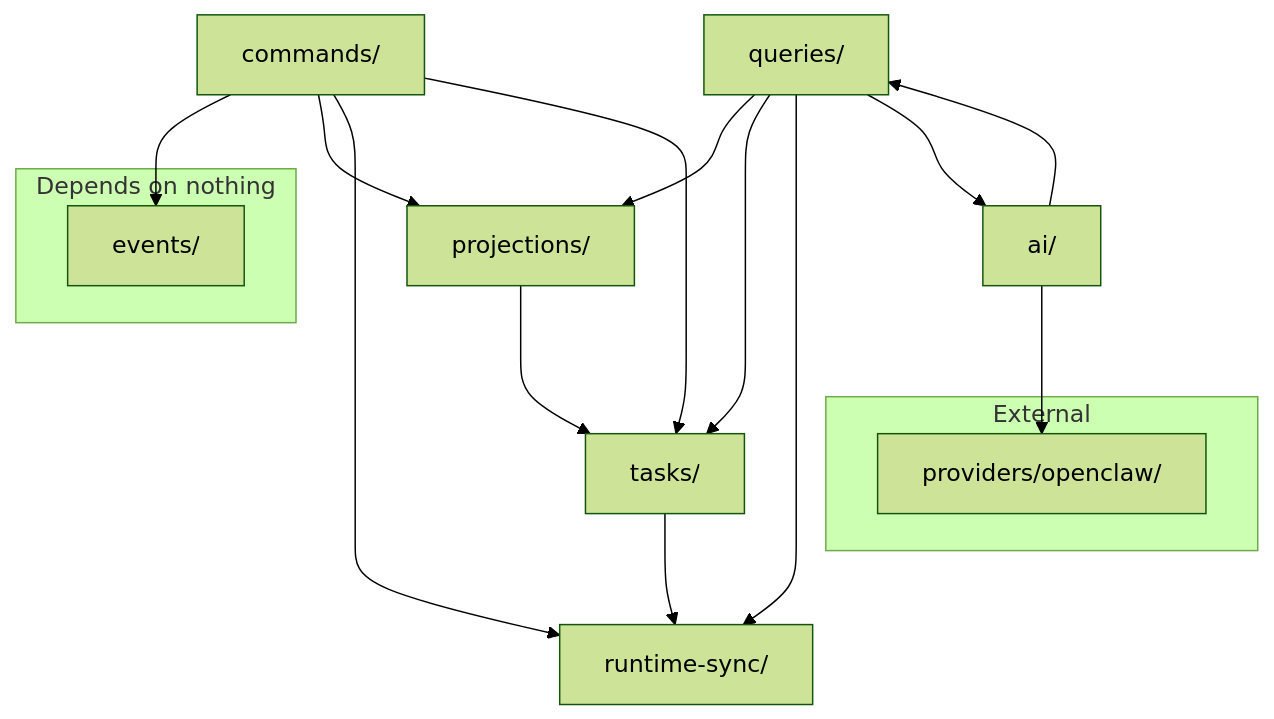
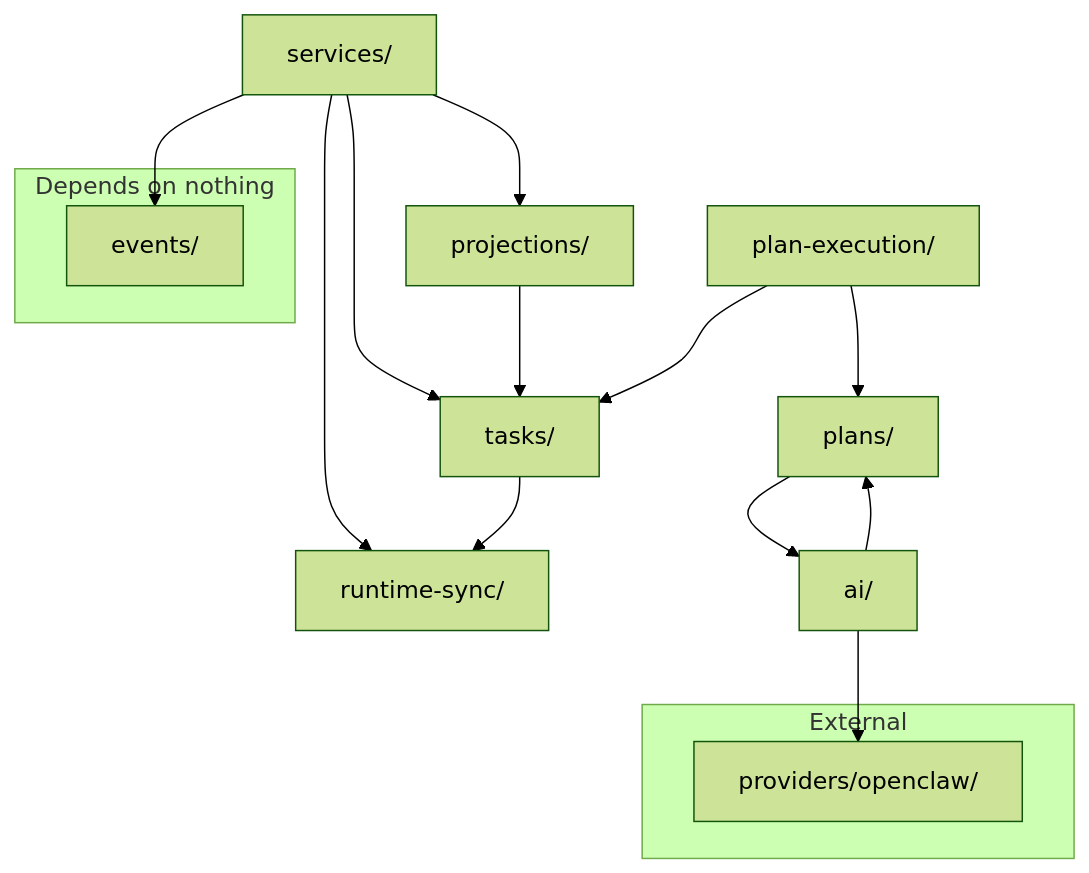
Before and after one commit to saya-ashen/Chrona: the sixth of 7 diagrams in docs/architecture.md, drawn with Mermaid (forest theme). The commit also changed other lines of this file and 13 other files, not shown here.

````diff
--- a/docs/architecture.md
+++ b/docs/architecture.md
@@ -214,22 +212,21 @@
 ```mermaid
 graph TD
-    commands["commands/"] --> events["events/"]
-    commands --> projections["projections/"]
-    commands --> runtime-sync["runtime-sync/"]
-    commands --> tasks["tasks/"]
-    queries["queries/"] --> projections
-    queries --> tasks
-    queries --> runtime-sync
-    queries --> ai["ai/"]
-    ai --> queries
-    ai --> openclaw["providers/openclaw/"]
-    tasks --> runtime-sync
-    projections --> tasks
+    services["services/"] --> events["events/"]
+    services --> projections["projections/"]
+    services --> runtime-sync["runtime-sync/"]
+    services --> tasks["tasks/"]
+    tasks["tasks/"] --> runtime-sync
+    projections["projections/"] --> tasks
+    plans["plans/"] --> ai["ai/"]
+    plan-exec["plan-execution/"] --> plans
+    plan-exec --> tasks
+    ai --> providers["providers/openclaw/"]
+    ai --> plans
     events["events/"]
     subgraph External
-        openclaw
+        providers
     end
     subgraph "Depends on nothing"
         events
     end
 ```
````
